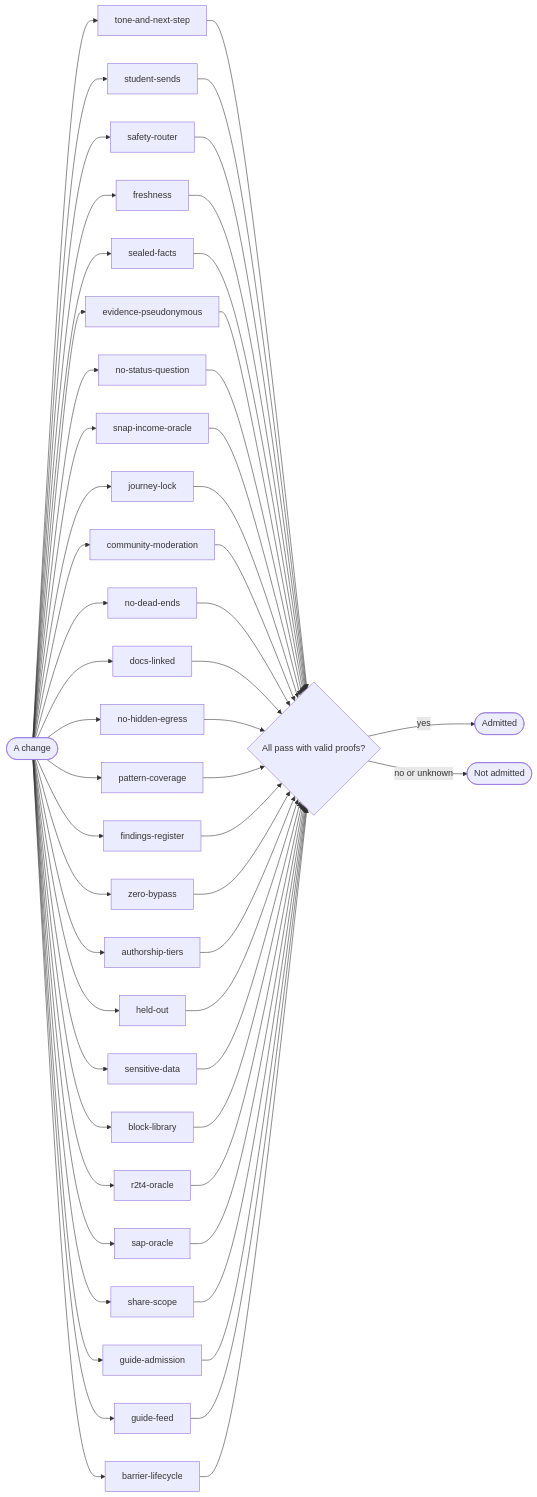
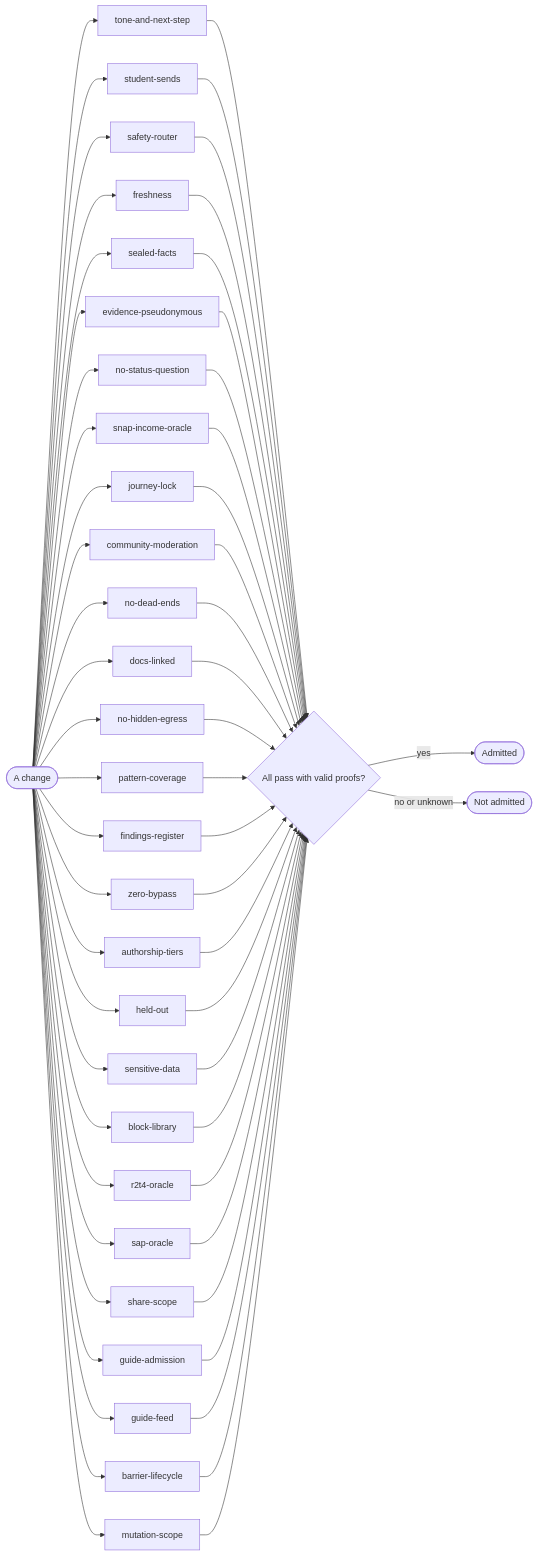
One commit to russlittle/ZTHR changed the diagram in docs/testing/gates.md. Above: the diagram before and after it, drawn with Mermaid. The commit also changed other lines of this file and 15 other files, not shown here.

First line of the commit message:
Mutation testing becomes a standing loop: every module in scope, each held to its own floor, survivors kept as the next work

````diff
--- a/docs/testing/gates.md
+++ b/docs/testing/gates.md
@@ -8,32 +8,33 @@
 ```mermaid
 flowchart LR
   tone_and_next_step["tone-and-next-step"]
   student_sends["student-sends"]
   safety_router["safety-router"]
   freshness["freshness"]
   sealed_facts["sealed-facts"]
   evidence_pseudonymous["evidence-pseudonymous"]
   no_status_question["no-status-question"]
   snap_income_oracle["snap-income-oracle"]
   journey_lock["journey-lock"]
   community_moderation["community-moderation"]
   no_dead_ends["no-dead-ends"]
   docs_linked["docs-linked"]
   no_hidden_egress["no-hidden-egress"]
   pattern_coverage["pattern-coverage"]
   findings_register["findings-register"]
   zero_bypass["zero-bypass"]
   authorship_tiers["authorship-tiers"]
   held_out["held-out"]
   sensitive_data["sensitive-data"]
   block_library["block-library"]
   r2t4_oracle["r2t4-oracle"]
   sap_oracle["sap-oracle"]
   share_scope["share-scope"]
   guide_admission["guide-admission"]
   guide_feed["guide-feed"]
   barrier_lifecycle["barrier-lifecycle"]
-  change([A change]) --> tone_and_next_step & student_sends & safety_router & freshness & sealed_facts & evidence_pseudonymous & no_status_question & snap_income_oracle & journey_lock & community_moderation & no_dead_ends & docs_linked & no_hidden_egress & pattern_coverage & findings_register & zero_bypass & authorship_tiers & held_out & sensitive_data & block_library & r2t4_oracle & sap_oracle & share_scope & guide_admission & guide_feed & barrier_lifecycle --> admit{All pass with valid proofs?}
+  mutation_scope["mutation-scope"]
+  change([A change]) --> tone_and_next_step & student_sends & safety_router & freshness & sealed_facts & evidence_pseudonymous & no_status_question & snap_income_oracle & journey_lock & community_moderation & no_dead_ends & docs_linked & no_hidden_egress & pattern_coverage & findings_register & zero_bypass & authorship_tiers & held_out & sensitive_data & block_library & r2t4_oracle & sap_oracle & share_scope & guide_admission & guide_feed & barrier_lifecycle & mutation_scope --> admit{All pass with valid proofs?}
   admit -- yes --> ok([Admitted])
   admit -- no or unknown --> no([Not admitted])
 ```
````
